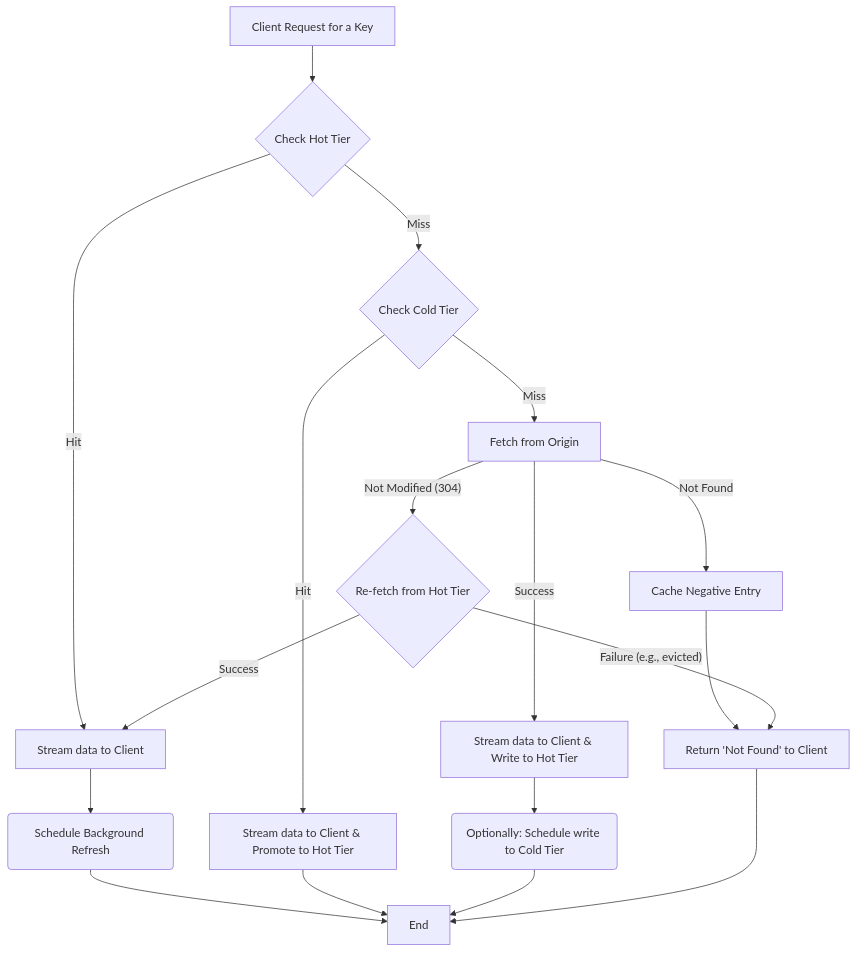
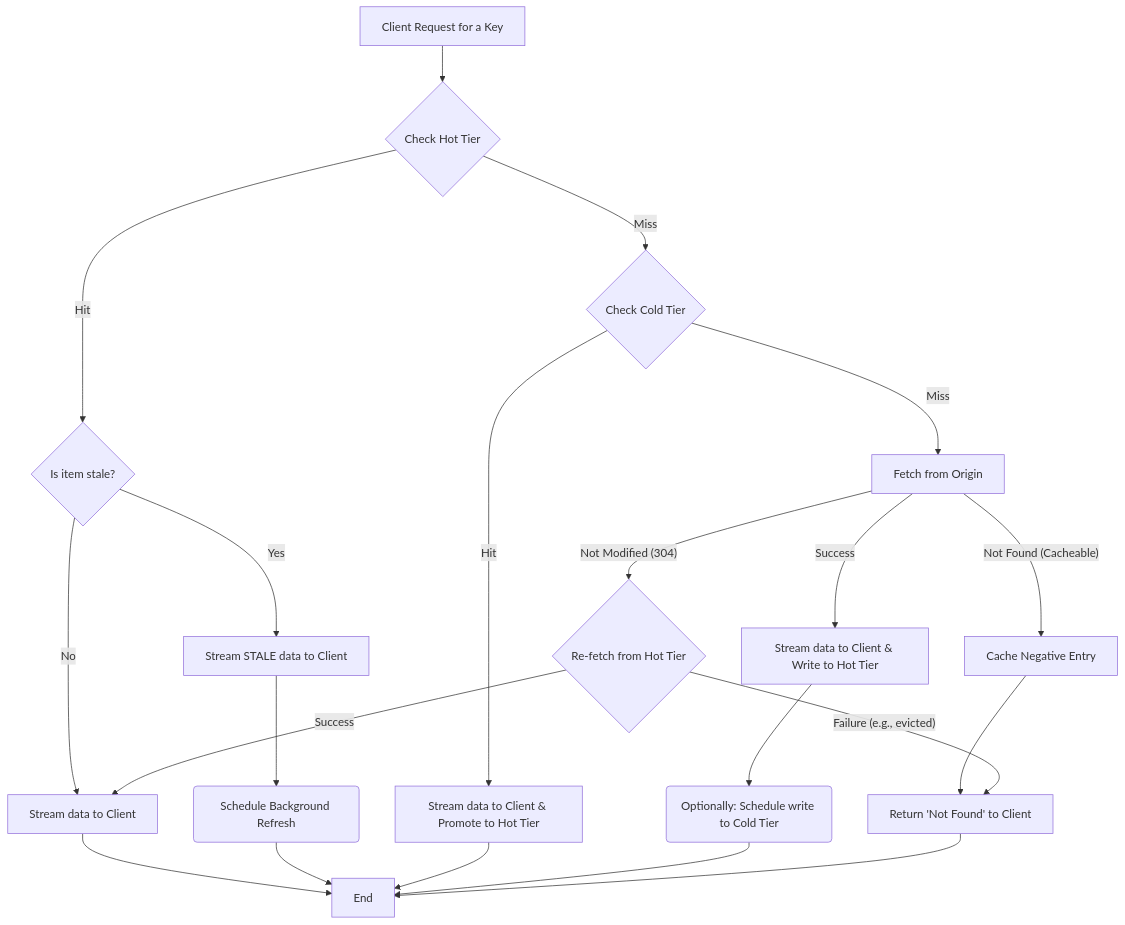
Before and after one commit to mrchypark/daramjwee: the diagram in README.md, drawn with Mermaid. The commit also changed other lines of this file, not shown here.

````diff
--- a/README.md
+++ b/README.md
@@ -44,27 +43,29 @@
 ```mermaid
 flowchart TD
     A[Client Request for a Key] --> B{Check Hot Tier};
 
-    B -- Hit --> C[Stream data to Client];
-    C --> D(Schedule Background Refresh);
+    B -- Hit --> C{Is item stale?};
+    C -- No --> D[Stream data to Client];
     D --> E[End];
-
-    B -- Miss --> F{Check Cold Tier};
-
-    F -- Hit --> G[Stream data to Client & Promote to Hot Tier];
+    C -- Yes --> F[Stream STALE data to Client];
+    F --> G(Schedule Background Refresh);
     G --> E;
 
-    F -- Miss --> H[Fetch from Origin];
-    H -- Success --> I[Stream data to Client & Write to Hot Tier];
-    I --> J(Optionally: Schedule write to Cold Tier);
-    J --> E;
-    
-    H -- Not Found --> K[Cache Negative Entry];
-    K --> L[Return 'Not Found' to Client];
+    B -- Miss --> H{Check Cold Tier};
+
+    H -- Hit --> I[Stream data to Client & Promote to Hot Tier];
+    I --> E;
+
+    H -- Miss --> J[Fetch from Origin];
+    J -- Success --> K[Stream data to Client & Write to Hot Tier];
+    K --> L(Optionally: Schedule write to Cold Tier);
     L --> E;
     
-    H -- Not Modified (304) --> M{Re-fetch from Hot Tier};
-    M -- Success --> C;
-    M -- Failure (e.g., evicted) --> L;
-
+    J -- Not Found (Cacheable) --> M[Cache Negative Entry];
+    M --> N[Return 'Not Found' to Client];
+    N --> E;
+    
+    J -- Not Modified (304) --> O{Re-fetch from Hot Tier};
+    O -- Success --> D;
+    O -- Failure (e.g., evicted) --> N;
 ```
````
